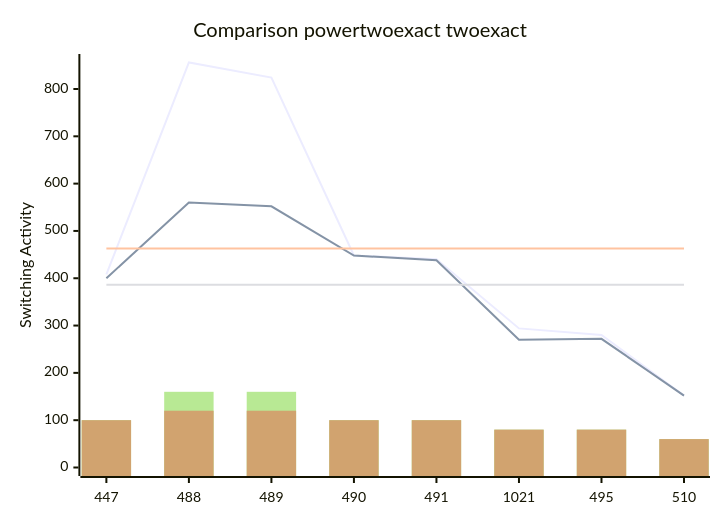
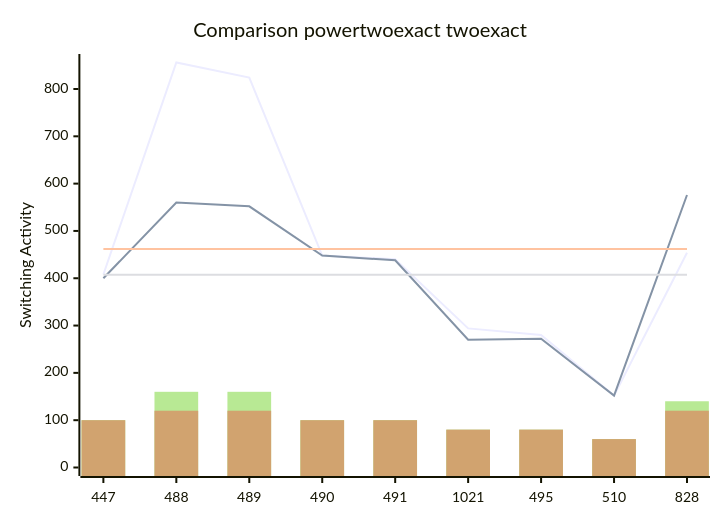
The diagram in benchmark_opt2.md (FeldmeierMichael/Exact-Power-Synthesis), drawn with Mermaid before and after one commit. The commit also changed other lines of this file, not shown here.

````diff
--- a/benchmark_opt2.md
+++ b/benchmark_opt2.md
@@ -17,12 +19,12 @@
 ```mermaid
 xychart-beta
     title "Comparison powertwoexact twoexact"
-    x-axis [447, 488, 489, 490, 491, 1021, 495, 510]
+    x-axis [447, 488, 489, 490, 491, 1021, 495, 510, 828]
     y-axis "Switching Activity" 0-->856
-    line [408, 856, 824, 448, 440, 294, 280, 152]
-    line [400, 560, 552, 448, 438, 270, 272, 152]
-    line [462.75, 462.75, 462.75, 462.75, 462.75, 462.75, 462.75, 462.75]
-    line [386.5, 386.5, 386.5, 386.5, 386.5, 386.5, 386.5, 386.5]
-    bar [100, 160, 160, 100, 100, 80, 80, 60]
-    bar [100, 120, 120, 100, 100, 80, 80, 60]
+    line [408, 856, 824, 448, 440, 294, 280, 152, 454]
+    line [400, 560, 552, 448, 438, 270, 272, 152, 576]
+    line [461.77777777777777, 461.77777777777777, 461.77777777777777, 461.77777777777777, 461.77777777777777, 461.77777777777777, 461.77777777777777, 461.77777777777777, 461.77777777777777]
+    line [407.55555555555554, 407.55555555555554, 407.55555555555554, 407.55555555555554, 407.55555555555554, 407.55555555555554, 407.55555555555554, 407.55555555555554, 407.55555555555554]
+    bar [100, 160, 160, 100, 100, 80, 80, 60, 140]
+    bar [100, 120, 120, 100, 100, 80, 80, 60, 120]
 ```
````
